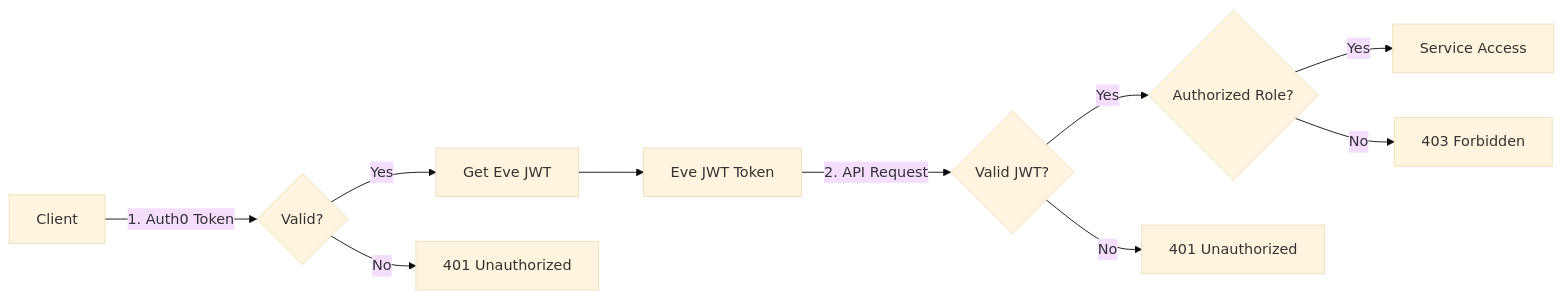
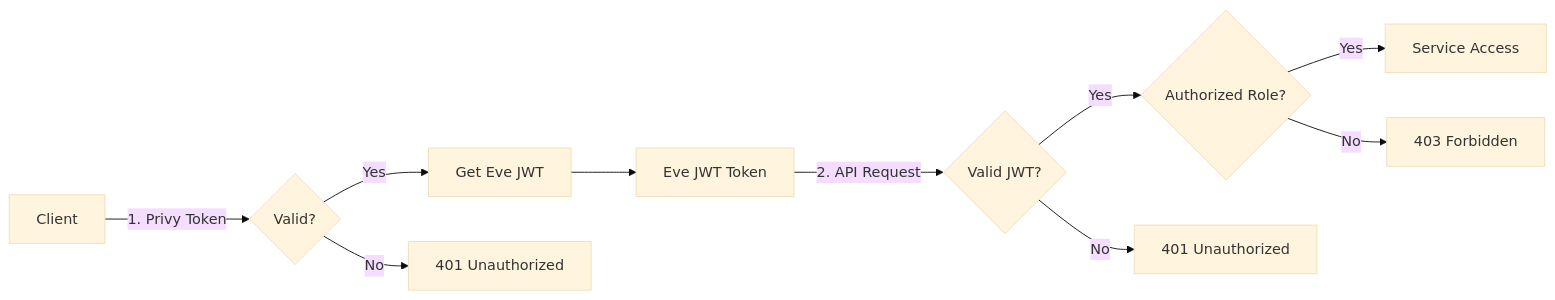
Before and after one commit to 13x54n/Eve: diagram 11 of 11 in ARCHITECTURE.md, drawn with Mermaid (base theme). The commit also changed other lines of this file and 93 other files, not shown here.

First line of the commit message:
Replace Auth0 with Privy SMS, passkeys, and embedded wallets

````diff
--- a/ARCHITECTURE.md
+++ b/ARCHITECTURE.md
@@ -760,13 +760,13 @@
 ```mermaid
 graph LR
-    Client[Client] --> |1. Auth0 Token| Auth0Check{Valid?}
-    Auth0Check -->|Yes| GetEveToken[Get Eve JWT]
-    Auth0Check -->|No| Reject[401 Unauthorized]
+    Client[Client] --> |1. Privy Token| PrivyCheck{Valid?}
+    PrivyCheck -->|Yes| GetEveToken[Get Eve JWT]
+    PrivyCheck -->|No| Reject[401 Unauthorized]
     GetEveToken --> EveToken[Eve JWT Token]
     
     EveToken --> |2. API Request| GatewayAuth{Valid JWT?}
     GatewayAuth -->|Yes| RoleCheck{Authorized Role?}
     GatewayAuth -->|No| Reject2[401 Unauthorized]
     RoleCheck -->|Yes| Service[Service Access]
     RoleCheck -->|No| Reject3[403 Forbidden]
 ```
````
